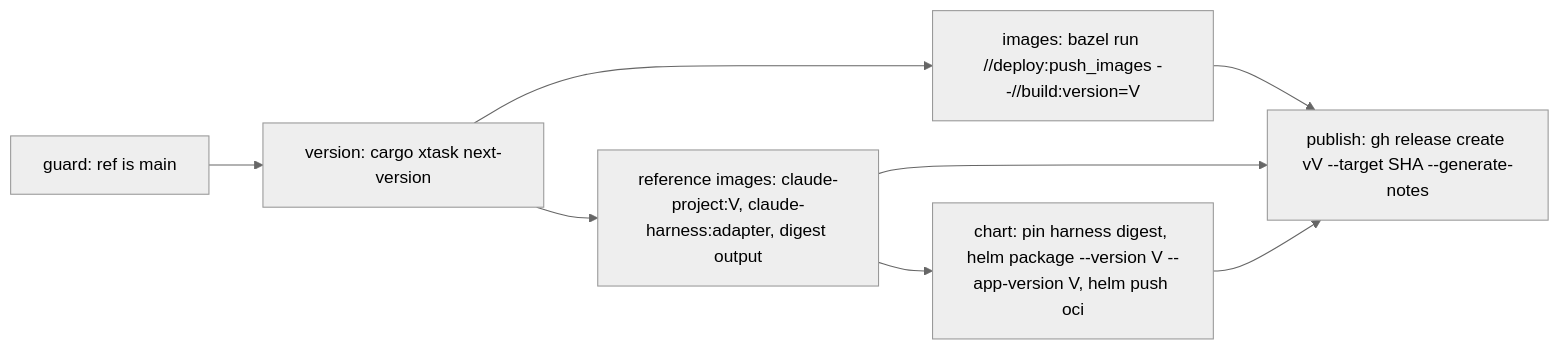
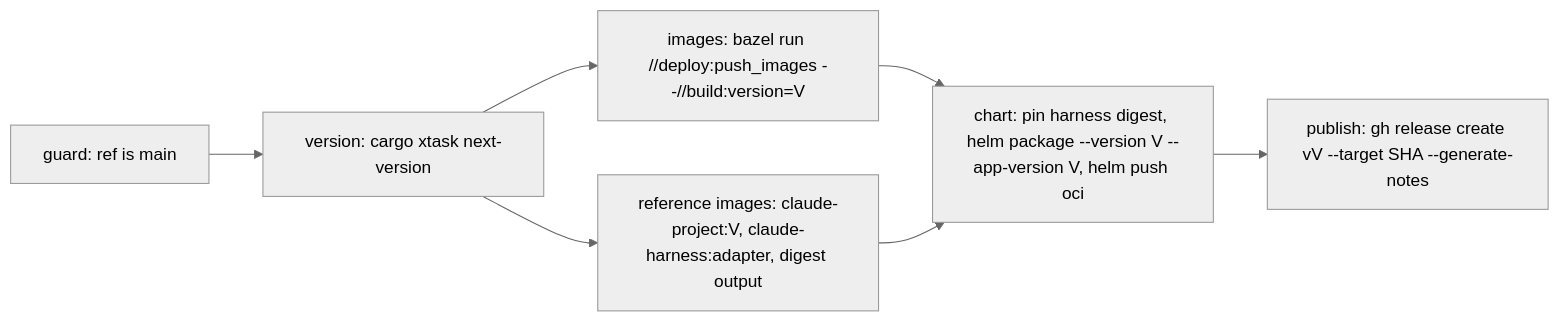
One commit to prskr/dark-factory changed the diagram in openspec/changes/release-versioning/design.md. Above: the diagram before and after it, drawn with Mermaid (neutral theme). The commit also changed other lines of this file and 49 other files, not shown here.

````diff
--- a/openspec/changes/release-versioning/design.md
+++ b/openspec/changes/release-versioning/design.md
@@ -65,10 +65,9 @@
 ```mermaid
 flowchart LR
   A[guard: ref is main] --> B[version: cargo xtask next-version]
   B --> C[images: bazel run //deploy:push_images --//build:version=V]
   B --> D[reference images: claude-project:V, claude-harness:adapter, digest output]
-  D --> E[chart: pin harness digest, helm package --version V --app-version V, helm push oci]
-  C --> F[publish: gh release create vV --target SHA --generate-notes]
-  D --> F
-  E --> F
+  C --> E[chart: pin harness digest, helm package --version V --app-version V, helm push oci]
+  D --> E
+  E --> F[publish: gh release create vV --target SHA --generate-notes]
 ```
````
